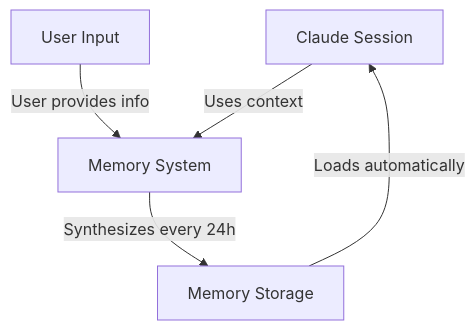
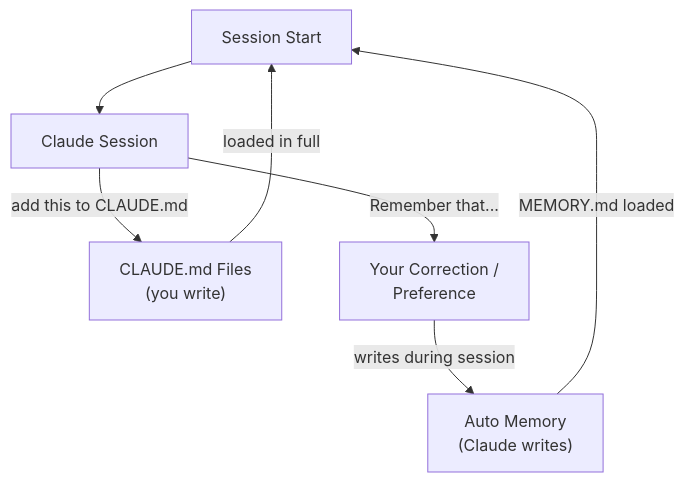
One commit to luongnv89/claude-howto changed the first of 5 diagrams in 02-memory/README.md. Above: the diagram before and after it, drawn with Mermaid. The commit also changed other lines of this file and 23 other files, not shown here.

````diff
--- a/02-memory/README.md
+++ b/02-memory/README.md
@@ -196,12 +196,15 @@
 ```mermaid
 graph TB
-    A["Claude Session"]
-    B["User Input"]
-    C["Memory System"]
-    D["Memory Storage"]
+    A["Session Start"]
+    B["CLAUDE.md Files<br/>(you write)"]
+    C["Auto Memory<br/>(Claude writes)"]
+    D["Claude Session"]
+    E["Your Correction /<br/>Preference"]
 
-    B -->|User provides info| C
-    C -->|Synthesizes every 24h| D
-    D -->|Loads automatically| A
-    A -->|Uses context| C
+    B -->|loaded in full| A
+    C -->|MEMORY.md loaded| A
+    A --> D
+    D -->|"Remember that..."| E
+    E -->|writes during session| C
+    D -->|"add this to CLAUDE.md"| B
 ```
````
